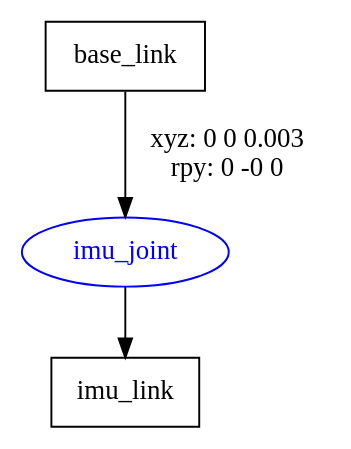
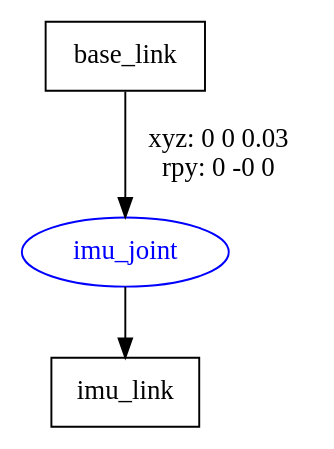
Before and after one commit to Zhanggituser/navproject: the diagram in src/fishbot_description/urdf/first_robot.gv, drawn with Graphviz. The commit also changed 23 other files, not shown here.

```diff
--- a/src/fishbot_description/urdf/first_robot.gv
+++ b/src/fishbot_description/urdf/first_robot.gv
@@ -1,8 +1,8 @@
 digraph G {
 node [shape=box];
 "base_link" [label="base_link"];
 "imu_link" [label="imu_link"];
 node [shape=ellipse, color=blue, fontcolor=blue];
-"base_link" -> "imu_joint" [label="xyz: 0 0 0.003 \nrpy: 0 -0 0"]
+"base_link" -> "imu_joint" [label="xyz: 0 0 0.03 \nrpy: 0 -0 0"]
 "imu_joint" -> "imu_link"
 }
```
